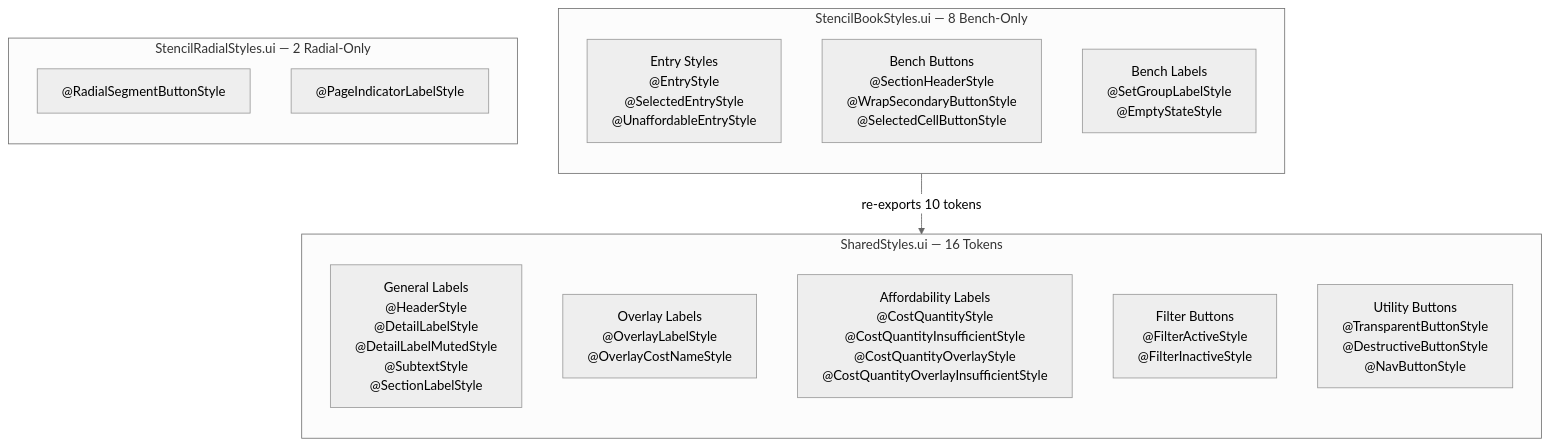
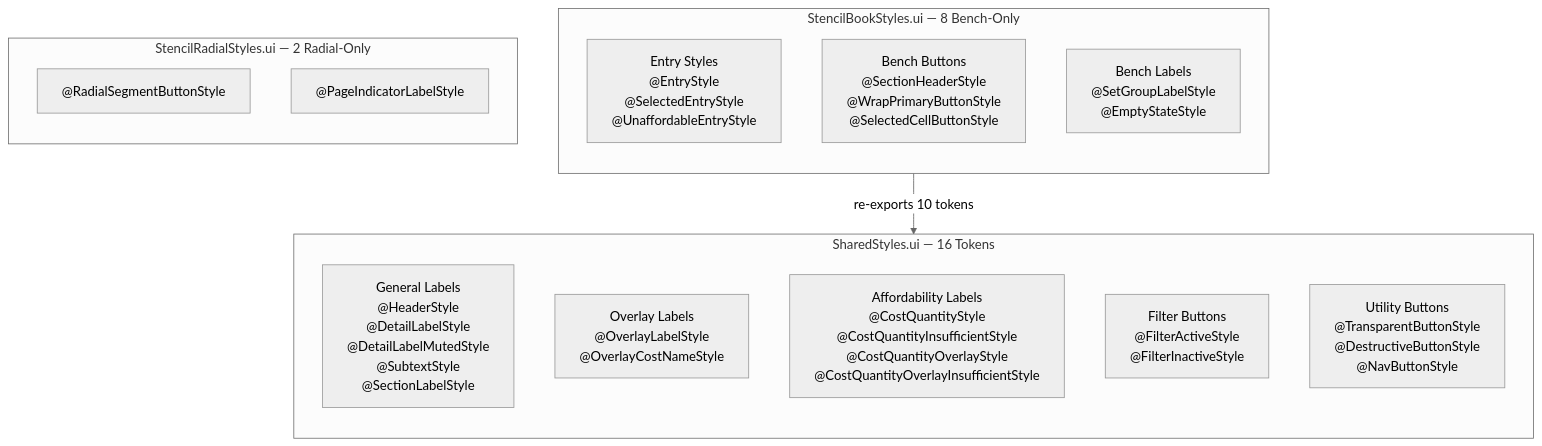
The second of 3 diagrams in docs/design-shared-style-architecture.md (TheCodeCreature/Hytale-Example-Plugin), drawn with Mermaid (neutral theme) before and after one commit. The commit also changed other lines of this file and 6 other files, not shown here.

Commit message:
Replaced secondaruy button with primary Updated ingredient list to only show when using resource planing

````diff
--- a/docs/design-shared-style-architecture.md
+++ b/docs/design-shared-style-architecture.md
@@ -55,26 +55,26 @@
 ```mermaid
 graph TB
     subgraph SharedStyles["SharedStyles.ui — 16 Tokens"]
         direction TB
         SL_GEN["General Labels\n@HeaderStyle\n@DetailLabelStyle\n@DetailLabelMutedStyle\n@SubtextStyle\n@SectionLabelStyle"]
         SL_OVL["Overlay Labels\n@OverlayLabelStyle\n@OverlayCostNameStyle"]
         SL_AFF["Affordability Labels\n@CostQuantityStyle\n@CostQuantityInsufficientStyle\n@CostQuantityOverlayStyle\n@CostQuantityOverlayInsufficientStyle"]
         SB_FLT["Filter Buttons\n@FilterActiveStyle\n@FilterInactiveStyle"]
         SB_UTL["Utility Buttons\n@TransparentButtonStyle\n@DestructiveButtonStyle\n@NavButtonStyle"]
     end
 
     subgraph BBS["StencilBookStyles.ui — 8 Bench-Only"]
         direction TB
         BB_ENT["Entry Styles\n@EntryStyle\n@SelectedEntryStyle\n@UnaffordableEntryStyle"]
-        BB_BTN["Bench Buttons\n@SectionHeaderStyle\n@WrapSecondaryButtonStyle\n@SelectedCellButtonStyle"]
+        BB_BTN["Bench Buttons\n@SectionHeaderStyle\n@WrapPrimaryButtonStyle\n@SelectedCellButtonStyle"]
         BB_LBL["Bench Labels\n@SetGroupLabelStyle\n@EmptyStateStyle"]
     end
 
     subgraph SRS["StencilRadialStyles.ui — 2 Radial-Only"]
         direction TB
         SR_SEG["@RadialSegmentButtonStyle"]
         SR_PG["@PageIndicatorLabelStyle"]
     end
 
     BBS -->|"re-exports 10 tokens"| SharedStyles
 ```
````
